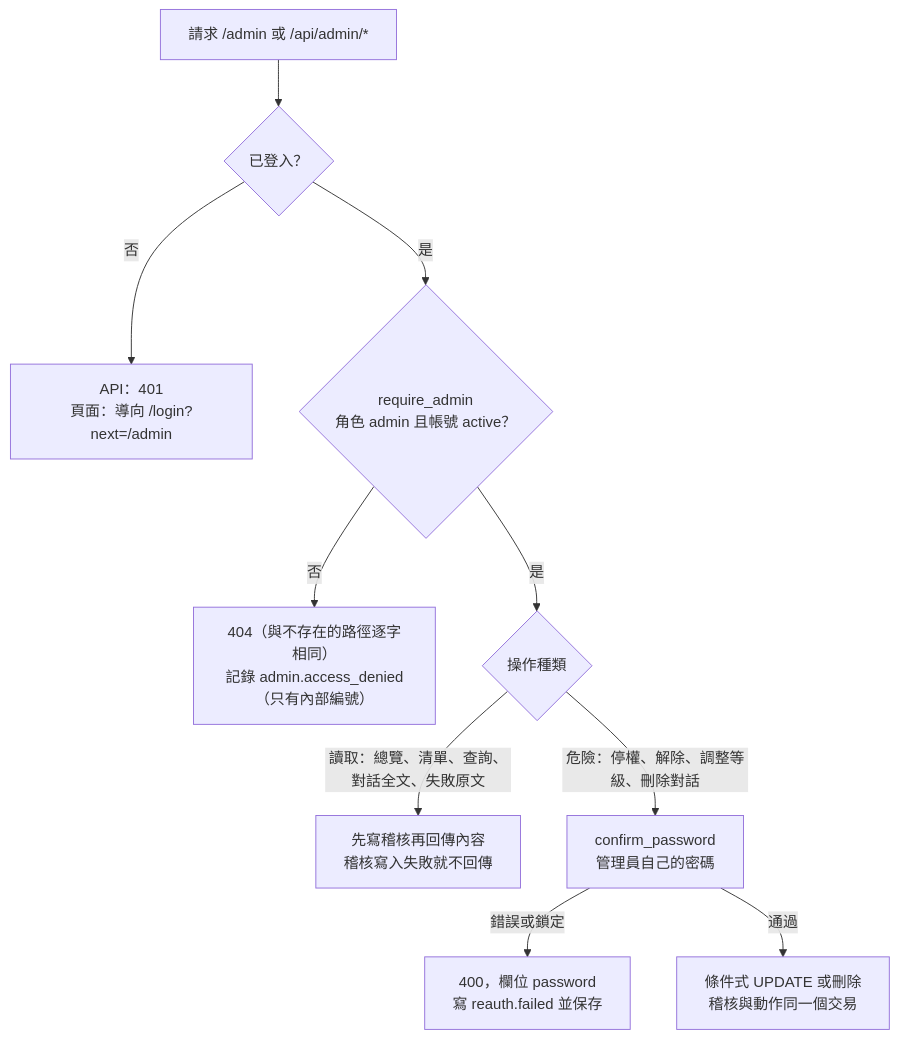
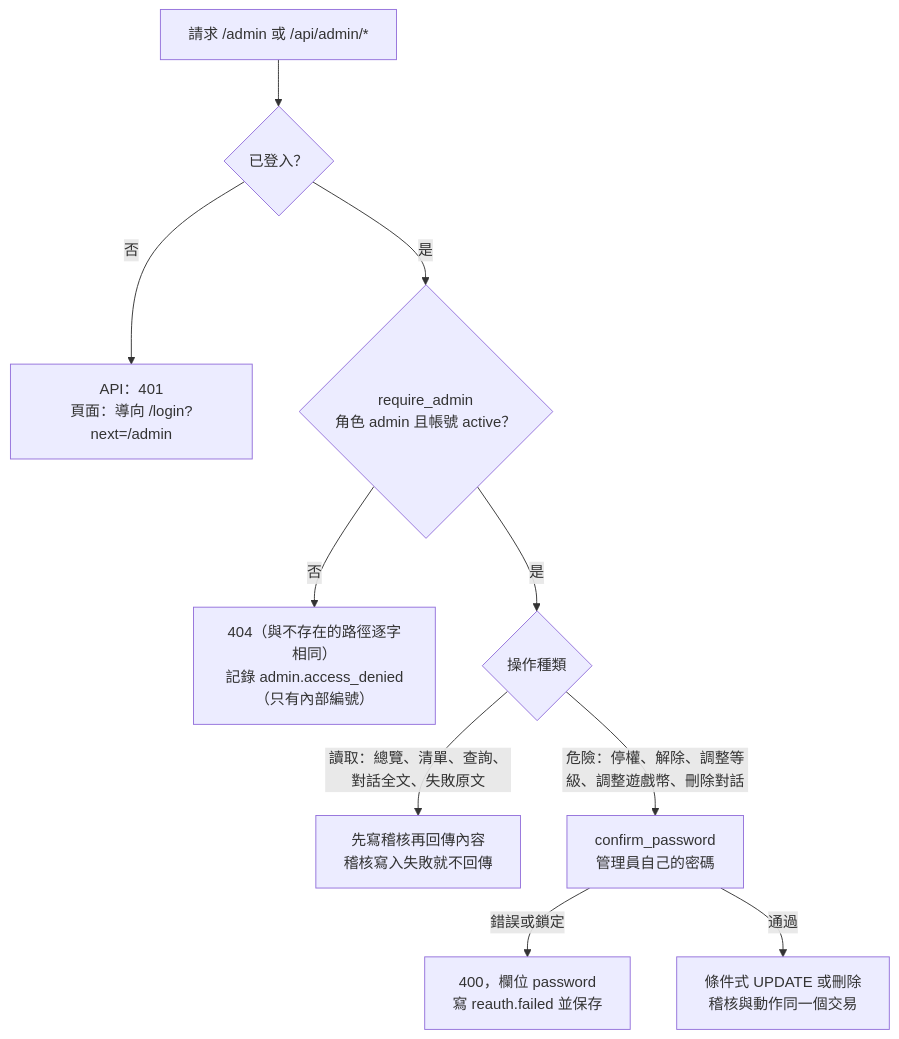
The sixth of 11 diagrams in docs/帳號與安全-auth-security.md (pp466pp466/R.A.C), drawn with Mermaid before and after one commit. The commit also changed other lines of this file and 84 other files, not shown here.

````diff
--- a/docs/帳號與安全-auth-security.md
+++ b/docs/帳號與安全-auth-security.md
@@ -199,12 +202,12 @@
 ```mermaid
 flowchart TD
     Req["請求 /admin 或 /api/admin/*"] --> Login{"已登入？"}
     Login -->|"否"| L401["API：401<br/>頁面：導向 /login?next=/admin"]
     Login -->|"是"| Admin{"require_admin<br/>角色 admin 且帳號 active？"}
     Admin -->|"否"| N404["404（與不存在的路徑逐字相同）<br/>記錄 admin.access_denied（只有內部編號）"]
     Admin -->|"是"| Kind{"操作種類"}
     Kind -->|"讀取：總覽、清單、查詢、對話全文、失敗原文"| Read["先寫稽核再回傳內容<br/>稽核寫入失敗就不回傳"]
-    Kind -->|"危險：停權、解除、調整等級、刪除對話"| Pw["confirm_password<br/>管理員自己的密碼"]
+    Kind -->|"危險：停權、解除、調整等級、調整遊戲幣、刪除對話"| Pw["confirm_password<br/>管理員自己的密碼"]
     Pw -->|"錯誤或鎖定"| Fail["400，欄位 password<br/>寫 reauth.failed 並保存"]
     Pw -->|"通過"| Do["條件式 UPDATE 或刪除<br/>稽核與動作同一個交易"]
 ```
````
